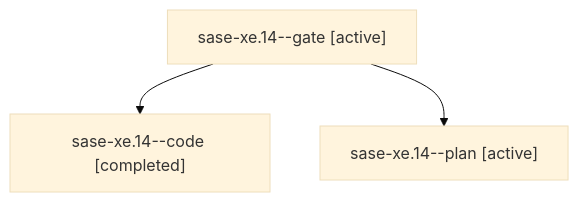
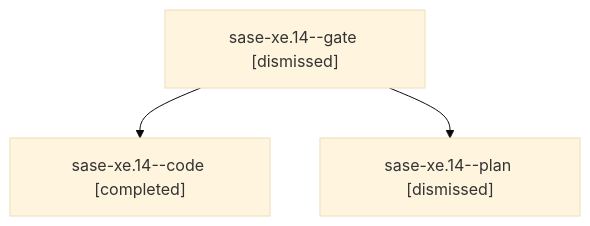
The diagram in sessions/bbugyi200.athena.sase-xe.14.md (sase-org/sase--agents), drawn with Mermaid (base theme) before and after one commit. The commit also changed other lines of this file and 323 other files, not shown here.

````diff
--- a/sessions/bbugyi200.athena.sase-xe.14.md
+++ b/sessions/bbugyi200.athena.sase-xe.14.md
@@ -9,8 +9,8 @@
 ```mermaid
 flowchart TD
-  n0["sase-xe.14--gate [active]"]
+  n0["sase-xe.14--gate [dismissed]"]
   n1["sase-xe.14--code [completed]"]
   n0 --> n1
-  n2["sase-xe.14--plan [active]"]
+  n2["sase-xe.14--plan [dismissed]"]
   n0 --> n2
 ```
````
